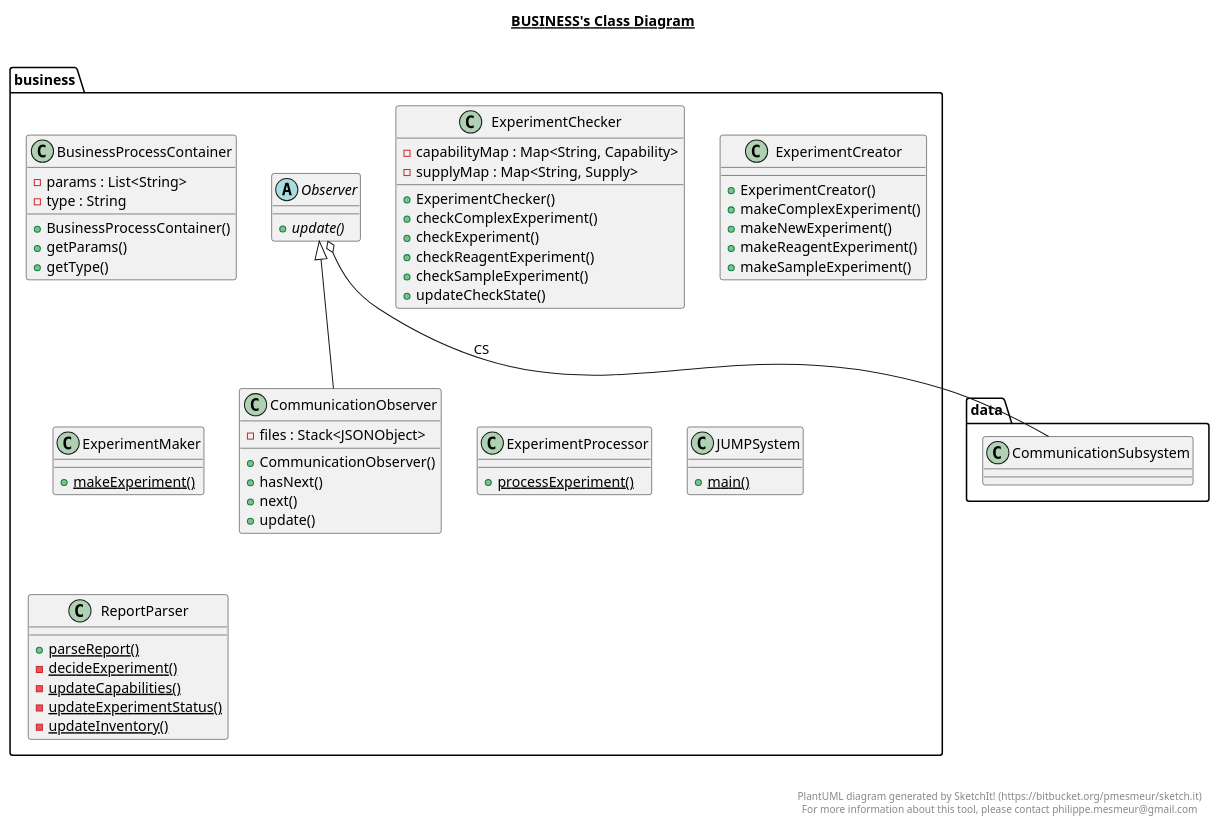
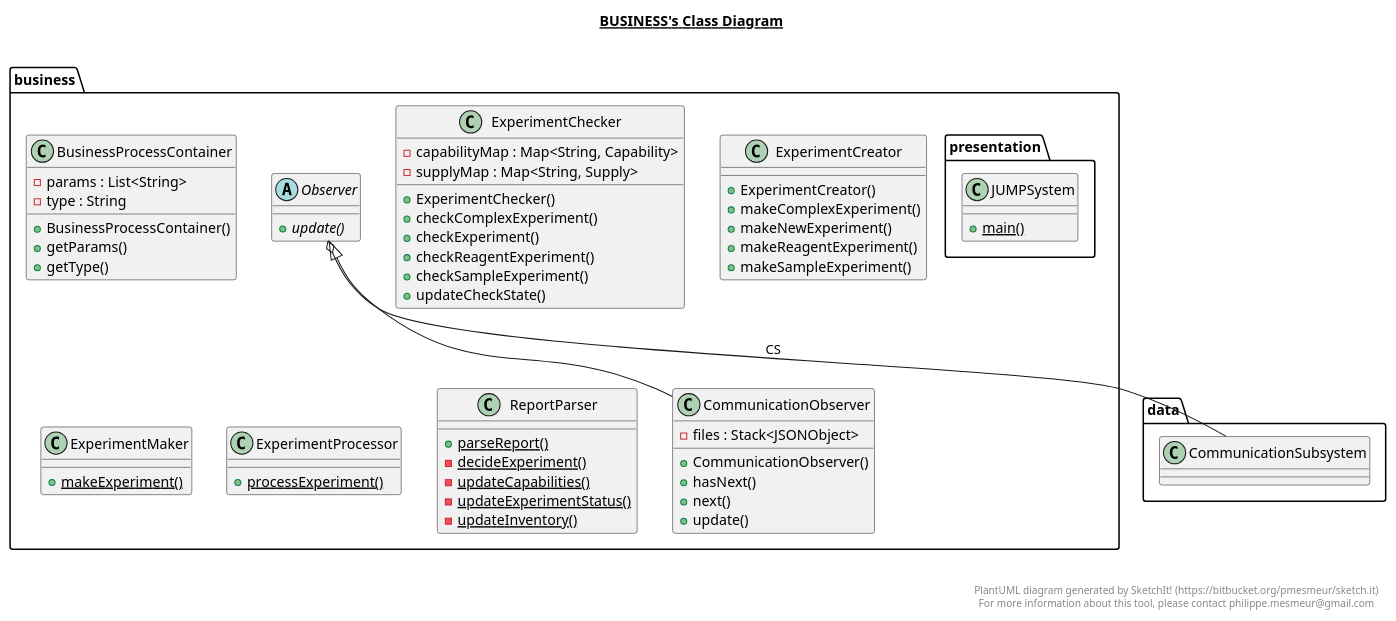
The diagram in src/src/business/business.plantuml (MilanowskiJ/jupiter-universal-experimenter-group-3), drawn with PlantUML before and after one commit. The commit also changed 10 other files, not shown here.

```diff
--- a/src/src/business/business.plantuml
+++ b/src/src/business/business.plantuml
@@ -1,102 +1,102 @@
 @startuml
 
 title __BUSINESS's Class Diagram__\n
 
   namespace business {
     class business.BusinessProcessContainer {
         - params : List<String>
         - type : String
         + BusinessProcessContainer()
         + getParams()
         + getType()
     }
   }
   
 
   namespace business {
     class business.CommunicationObserver {
         - files : Stack<JSONObject>
         + CommunicationObserver()
         + hasNext()
         + next()
         + update()
     }
   }
   
 
   namespace business {
     class business.ExperimentChecker {
         - capabilityMap : Map<String, Capability>
         - supplyMap : Map<String, Supply>
         + ExperimentChecker()
         + checkComplexExperiment()
         + checkExperiment()
         + checkReagentExperiment()
         + checkSampleExperiment()
         + updateCheckState()
     }
   }
   
 
   namespace business {
     class business.ExperimentCreator {
         + ExperimentCreator()
         + makeComplexExperiment()
         + makeNewExperiment()
         + makeReagentExperiment()
         + makeSampleExperiment()
     }
   }
   
 
   namespace business {
     class business.ExperimentMaker {
         {static} + makeExperiment()
     }
   }
   
 
   namespace business {
     class business.ExperimentProcessor {
         {static} + processExperiment()
     }
   }
   
 
   namespace business {
-    class business.JUMPSystem {
+    class presentation.JUMPSystem {
         {static} + main()
     }
   }
   
 
   namespace business {
     abstract class business.Observer {
         {abstract} + update()
     }
   }
   
 
   namespace business {
     class business.ReportParser {
         {static} + parseReport()
         {static} - decideExperiment()
         {static} - updateCapabilities()
         {static} - updateExperimentStatus()
         {static} - updateInventory()
     }
   }
   
 
   business.CommunicationObserver -up-|> business.Observer
   business.Observer o-- data.CommunicationSubsystem : CS
 
 
 right footer
 
 
 PlantUML diagram generated by SketchIt! (https://bitbucket.org/pmesmeur/sketch.it)
 For more information about this tool, please contact philippe.mesmeur@gmail.com
 endfooter
 
 @enduml
```
